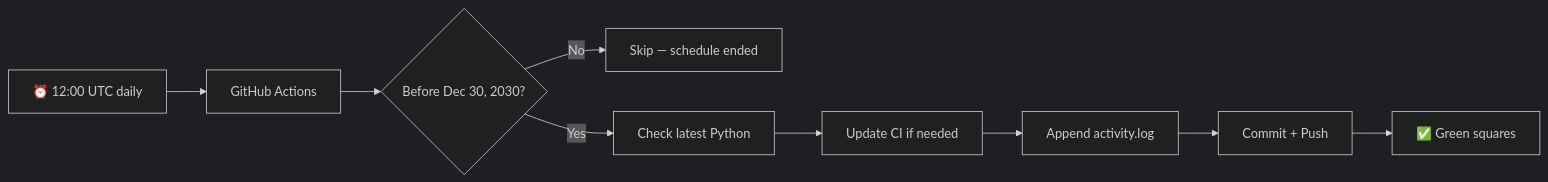
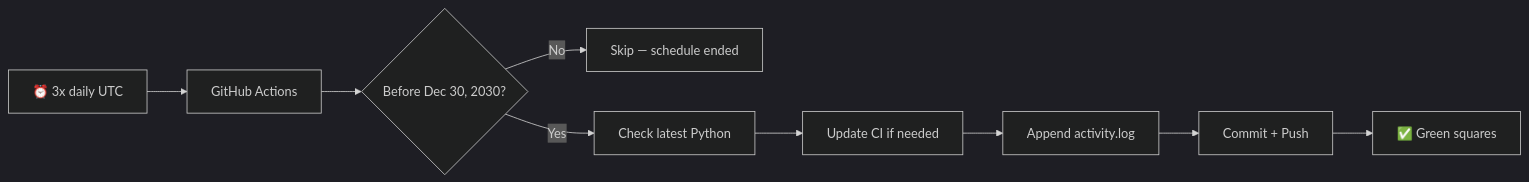
Before and after one commit to abhipattnaik/Pyrun: the diagram in README.md, drawn with Mermaid (dark theme). The commit also changed other lines of this file and 3 other files, not shown here.

````diff
--- a/README.md
+++ b/README.md
@@ -41,11 +41,11 @@
 ```mermaid
 flowchart LR
-    A[⏰ 12:00 UTC daily] --> B[GitHub Actions]
+    A[⏰ 3x daily UTC] --> B[GitHub Actions]
     B --> C{Before Dec 30, 2030?}
     C -->|No| D[Skip — schedule ended]
     C -->|Yes| E[Check latest Python]
     E --> F[Update CI if needed]
     F --> G[Append activity.log]
     G --> H[Commit + Push]
     H --> I[✅ Green squares]
 ```
````
